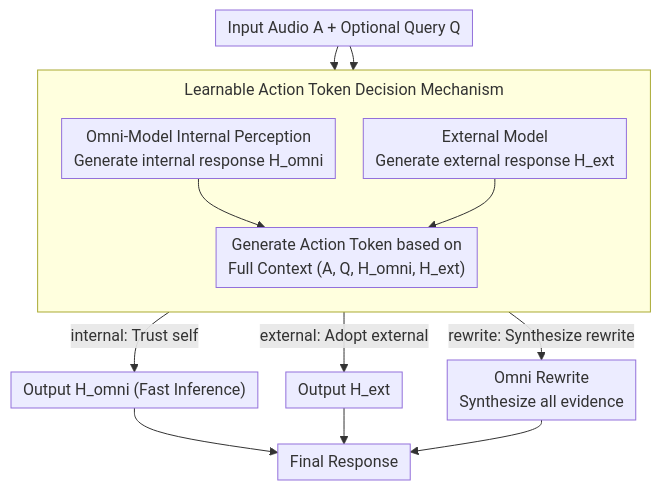
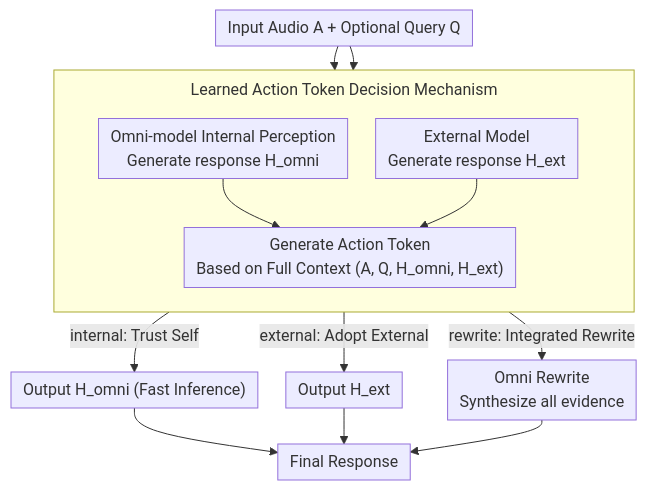
Before and after one commit to zhaoyang97/Paper-Notes-en: the diagram in docs/ACL2026/audio_speech/speech-hands_a_self-reflection_voice_agentic_approach_to_speech_recognition_and_.md, drawn with Mermaid. The commit also changed other lines of this file and 5084 other files, not shown here.

````diff
--- a/docs/ACL2026/audio_speech/speech-hands_a_self-reflection_voice_agentic_approach_to_speech_recognition_and_.md
+++ b/docs/ACL2026/audio_speech/speech-hands_a_self-reflection_voice_agentic_approach_to_speech_recognition_and_.md
@@ -35,21 +34,21 @@
 ```mermaid
 %%{init: {'flowchart': {'rankSpacing': 24, 'nodeSpacing': 28, 'padding': 6, 'wrappingWidth': 400, 'subGraphTitleMargin': {'top': 8, 'bottom': 16}}}}%%
 flowchart TD
     A["Input Audio A + Optional Query Q"]
-    subgraph S1["Learnable Action Token Decision Mechanism"]
+    subgraph S1["Learned Action Token Decision Mechanism"]
         direction TB
-        B["Omni-Model Internal Perception<br/>Generate internal response H_omni"]
-        C["External Model<br/>Generate external response H_ext"]
-        D["Generate Action Token based on<br/>Full Context (A, Q, H_omni, H_ext)"]
+        B["Omni-model Internal Perception<br/>Generate response H_omni"]
+        C["External Model<br/>Generate response H_ext"]
+        D["Generate Action Token<br/>Based on Full Context (A, Q, H_omni, H_ext)"]
         B --> D
         C --> D
     end
     A --> B
     A --> C
-    D -->|"internal: Trust self"| E["Output H_omni (Fast Inference)"]
-    D -->|"external: Adopt external"| F["Output H_ext"]
-    D -->|"rewrite: Synthesize rewrite"| G["Omni Rewrite<br/>Synthesize all evidence"]
+    D -->|"internal: Trust Self"| E["Output H_omni (Fast Inference)"]
+    D -->|"external: Adopt External"| F["Output H_ext"]
+    D -->|"rewrite: Integrated Rewrite"| G["Omni Rewrite<br/>Synthesize all evidence"]
     E --> H["Final Response"]
     F --> H
     G --> H
 ```
````
